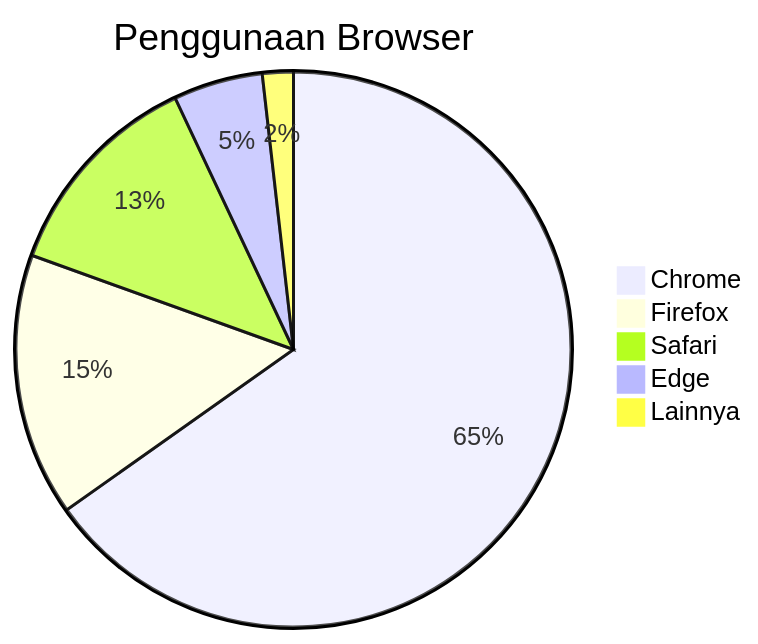
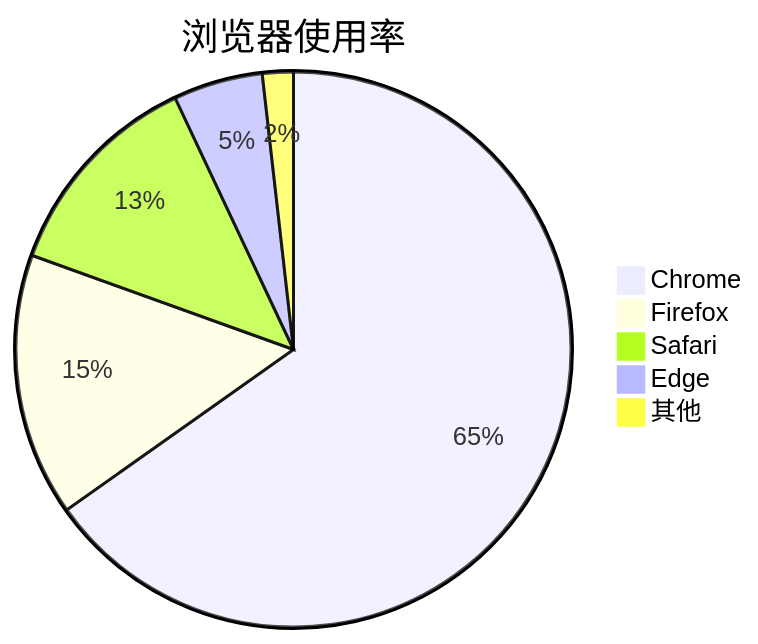
The sixth of 7 diagrams in .czon/src/id-ID/8938d6aac9c056c06137a041b8e82379bfb619bb6d435b9ecec515337dd0cd69.md (zccz14/CZON), drawn with Mermaid before and after one commit. The commit also changed other lines of this file and 148 other files, not shown here.

````diff
--- a/.czon/src/id-ID/8938d6aac9c056c06137a041b8e82379bfb619bb6d435b9ecec515337dd0cd69.md
+++ b/.czon/src/id-ID/8938d6aac9c056c06137a041b8e82379bfb619bb6d435b9ecec515337dd0cd69.md
@@ -103,8 +102,8 @@
 ```mermaid
-pie title Penggunaan Browser
+pie title 浏览器使用率
     "Chrome" : 65.2
     "Firefox" : 15.3
     "Safari" : 12.5
     "Edge" : 5.2
-    "Lainnya" : 1.8
+    "其他" : 1.8
 ```
````
